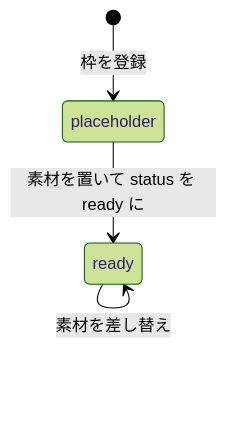
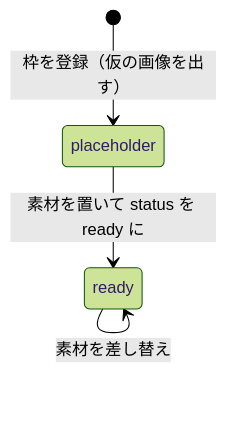
Before and after one commit to itiwoja/DC-Designer: the seventh of 7 diagrams in docs/design/10_diagrams.md, drawn with Mermaid (forest theme). The commit also changed other lines of this file and 14 other files, not shown here.

````diff
--- a/docs/design/10_diagrams.md
+++ b/docs/design/10_diagrams.md
@@ -115,6 +115,6 @@
 ```mermaid
 stateDiagram-v2
-  [*] --> placeholder: 枠を登録
+  [*] --> placeholder: 枠を登録（仮の画像を出す）
   placeholder --> ready: 素材を置いて status を ready に
   ready --> ready: 素材を差し替え
 ```
````
